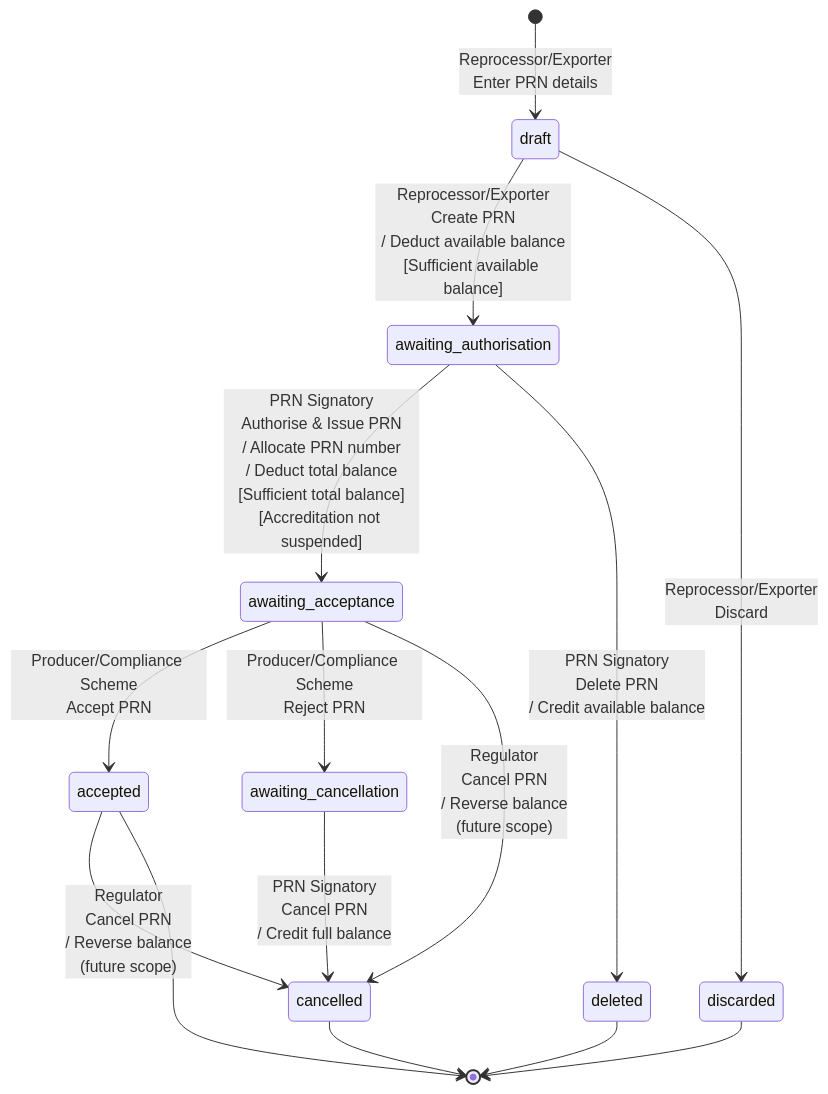
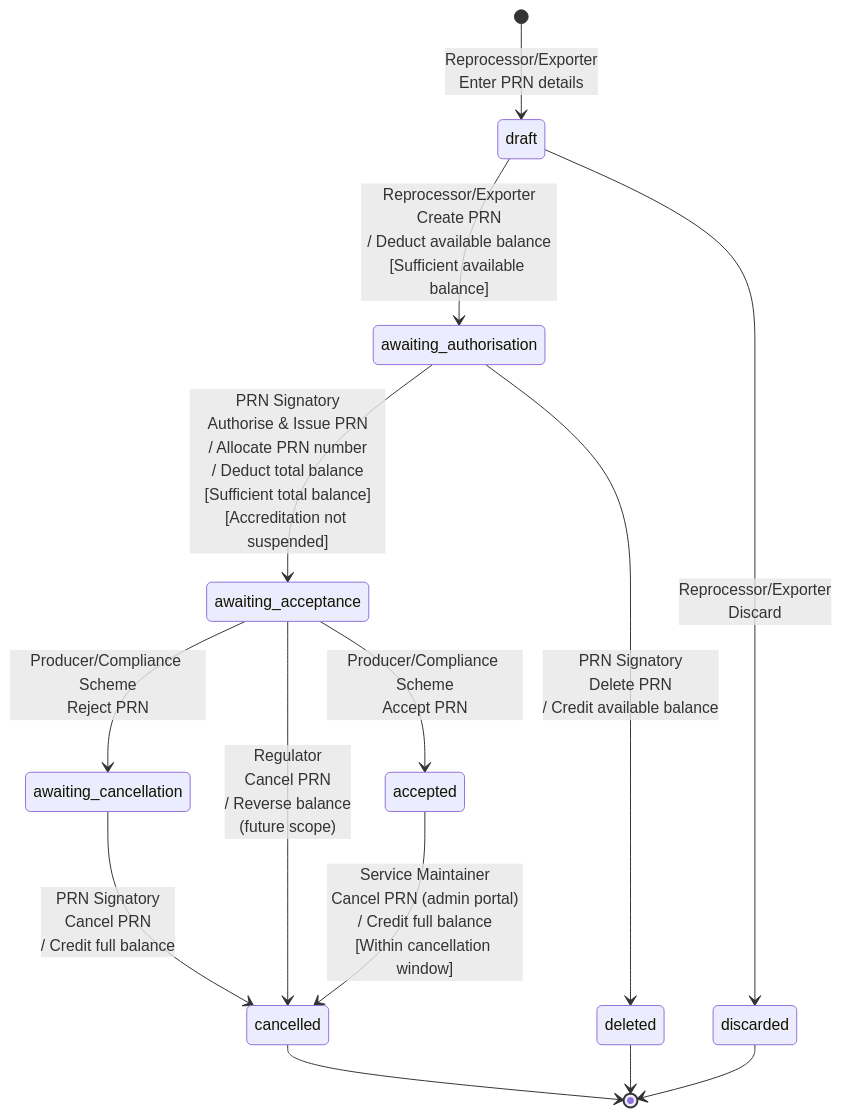
Before and after one commit to DEFRA/epr-re-ex-service: the diagram in docs/architecture/defined/prn-state-transitions.md, drawn with Mermaid. The commit also changed other lines of this file and 1 other file, not shown here.

Commit message:
PAE-1823: Enable PRN admin cancellation flag and document the accepted -> cancelled edge

````diff
--- a/docs/architecture/defined/prn-state-transitions.md
+++ b/docs/architecture/defined/prn-state-transitions.md
@@ -52,23 +53,22 @@
 ```mermaid
 stateDiagram-v2
     [*] --> draft: Reprocessor/Exporter<br/>Enter PRN details
 
     draft --> awaiting_authorisation: Reprocessor/Exporter<br/>Create PRN<br/>/ Deduct available balance<br/>[Sufficient available balance]
     draft --> discarded: Reprocessor/Exporter<br/>Discard
 
     awaiting_authorisation --> awaiting_acceptance: PRN Signatory<br/>Authorise & Issue PRN<br/>/ Allocate PRN number<br/>/ Deduct total balance<br/>[Sufficient total balance]<br/>[Accreditation not suspended]
     awaiting_authorisation --> deleted: PRN Signatory<br/>Delete PRN<br/>/ Credit available balance
 
     awaiting_acceptance --> accepted: Producer/Compliance Scheme<br/>Accept PRN
     awaiting_acceptance --> awaiting_cancellation: Producer/Compliance Scheme<br/>Reject PRN
 
     awaiting_cancellation --> cancelled: PRN Signatory<br/>Cancel PRN<br/>/ Credit full balance
 
     awaiting_acceptance --> cancelled: Regulator<br/>Cancel PRN<br/>/ Reverse balance<br/>(future scope)
-    accepted --> cancelled: Regulator<br/>Cancel PRN<br/>/ Reverse balance<br/>(future scope)
+    accepted --> cancelled: Service Maintainer<br/>Cancel PRN (admin portal)<br/>/ Credit full balance<br/>[Within cancellation window]
 
-    accepted --> [*]
     cancelled --> [*]
     deleted --> [*]
     discarded --> [*]
 ```
````
